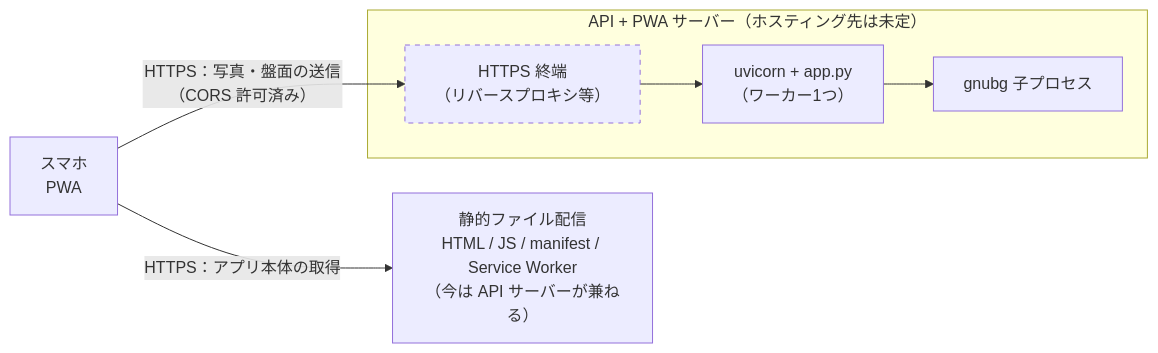
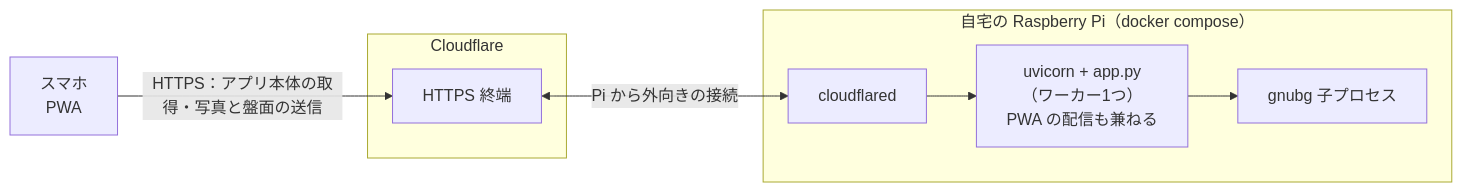
The fifth of 5 diagrams in README.md (ytani01/bganalyzer), drawn with Mermaid before and after one commit. The commit also changed other lines of this file and 10 other files, not shown here.

First line of the commit message:
自宅の Raspberry Pi で公開できるようにする（TODO-002）

````diff
--- a/README.md
+++ b/README.md
@@ -155,17 +157,16 @@
 ```mermaid
 flowchart LR
     phone["スマホ<br/>PWA"]
-    static["静的ファイル配信<br/>HTML / JS / manifest / Service Worker<br/>（今は API サーバーが兼ねる）"]
-    subgraph backend["API + PWA サーバー（ホスティング先は未定）"]
-        tls["HTTPS 終端<br/>（リバースプロキシ等）"]
-        uv["uvicorn + app.py<br/>（ワーカー1つ）"]
+    subgraph cloudflare["Cloudflare"]
+        tls["HTTPS 終端"]
+    end
+    subgraph pi["自宅の Raspberry Pi（docker compose）"]
+        tunnel["cloudflared"]
+        uv["uvicorn + app.py<br/>（ワーカー1つ）<br/>PWA の配信も兼ねる"]
         child["gnubg 子プロセス"]
-        tls --> uv --> child
+        tunnel --> uv --> child
     end
 
-    phone -- "HTTPS：アプリ本体の取得" --> static
-    phone -- "HTTPS：写真・盤面の送信（CORS 許可済み）" --> tls
-
-    classDef planned stroke-dasharray: 5 5;
-    class tls planned;
+    phone -- "HTTPS：アプリ本体の取得・写真と盤面の送信" --> tls
+    tls <-- "Pi から外向きの接続" --> tunnel
 ```
````
